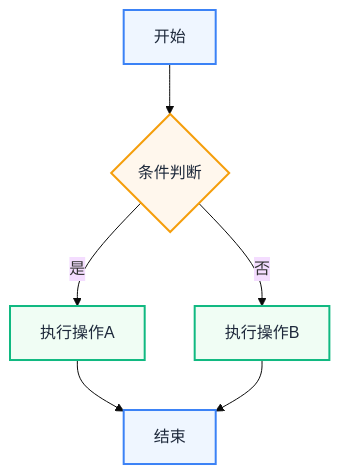
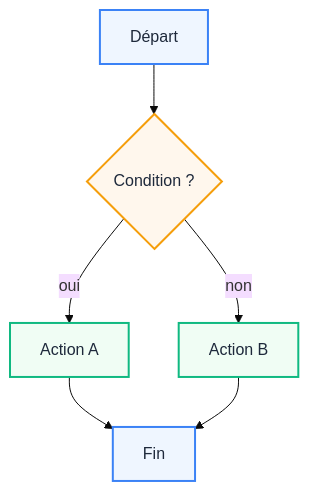
One commit to bigleon2/KNOWLEDGE changed the first of 15 diagrams in skills/PM skills/charts/references/mermaid.md. Above: the diagram before and after it, drawn with Mermaid (base theme). The commit also changed other lines of this file and 35 other files, not shown here.

````diff
--- a/skills/PM skills/charts/references/mermaid.md
+++ b/skills/PM skills/charts/references/mermaid.md
@@ -247,14 +247,14 @@
 ```mermaid
 flowchart TB
-    A[开始] --> B{条件判断}
-    B -->|是| C[执行操作A]
-    B -->|否| D[执行操作B]
-    C --> E[结束]
+    A[Départ] --> B{Condition ?}
+    B -->|oui| C[Action A]
+    B -->|non| D[Action B]
+    C --> E[Fin]
     D --> E
 
     style A fill:#EFF6FF,stroke:#3B82F6,stroke-width:2px,color:#1E293B
     style B fill:#FFF7ED,stroke:#F59E0B,stroke-width:2px,color:#1E293B
     style C fill:#F0FDF4,stroke:#10B981,stroke-width:2px,color:#1E293B
     style D fill:#F0FDF4,stroke:#10B981,stroke-width:2px,color:#1E293B
     style E fill:#EFF6FF,stroke:#3B82F6,stroke-width:2px,color:#1E293B
 ```
````
